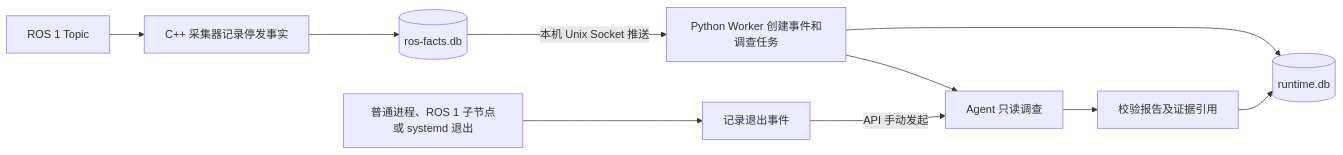
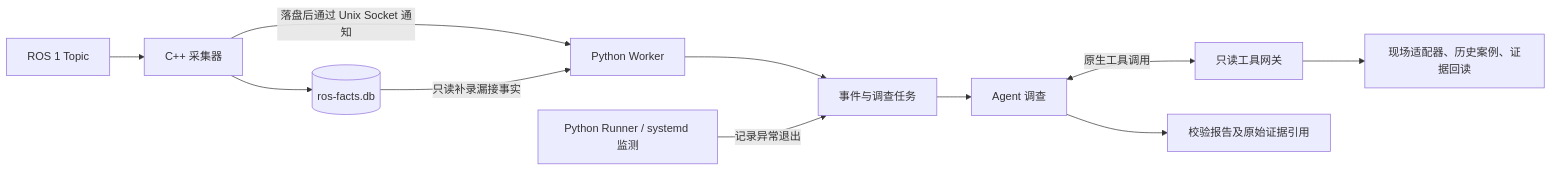
The diagram in README.md (yishian6/RobotOps), drawn with Mermaid before and after one commit. The commit also changed other lines of this file and 18 other files, not shown here.

````diff
--- a/README.md
+++ b/README.md
@@ -18,12 +11,13 @@
 ```mermaid
 flowchart LR
-    A["ROS 1 Topic"] --> B["C++ 采集器记录停发事实"]
-    B --> F[("ros-facts.db")]
-    F -->|"本机 Unix Socket 推送"| C["Python Worker 创建事件和调查任务"]
-    X["普通进程、ROS 1 子节点或 systemd 退出"] --> Y["记录退出事件"]
-    Y -->|"API 手动发起"| D["Agent 只读调查"]
-    C --> D
-    D --> E["校验报告及证据引用"]
-    C --> R[("runtime.db")]
-    E --> R
+    ros["ROS 1 Topic"] --> collector["C++ 采集器"]
+    collector --> facts[("ros-facts.db")]
+    collector -->|"落盘后通过 Unix Socket 通知"| worker["Python Worker"]
+    facts -->|"只读补录漏接事实"| worker
+    worker --> incident["事件与调查任务"]
+    runner["Python Runner / systemd 监测"] -->|"记录异常退出"| incident
+    incident --> agent["Agent 调查"]
+    agent <-->|"原生工具调用"| tools["只读工具网关"]
+    tools --> source["现场适配器、历史案例、证据回读"]
+    agent --> report["校验报告及原始证据引用"]
 ```
````
